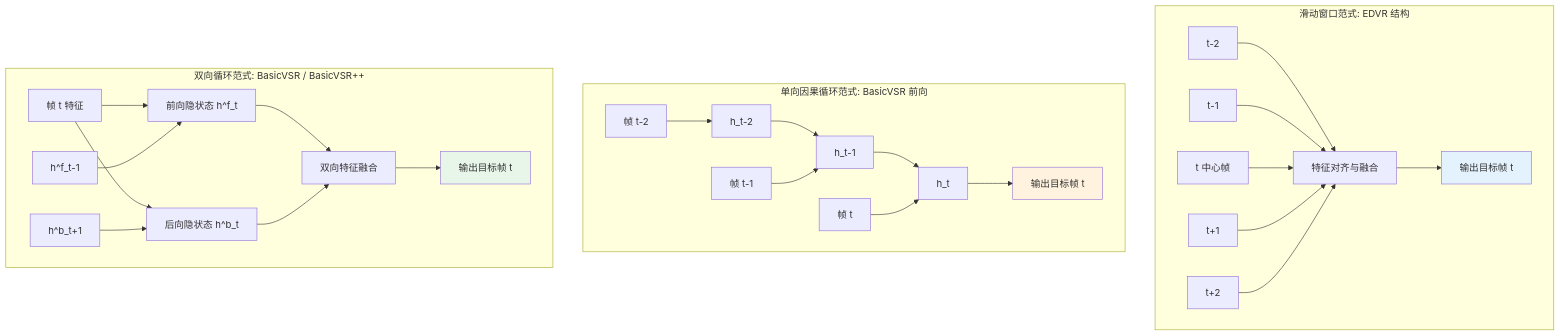
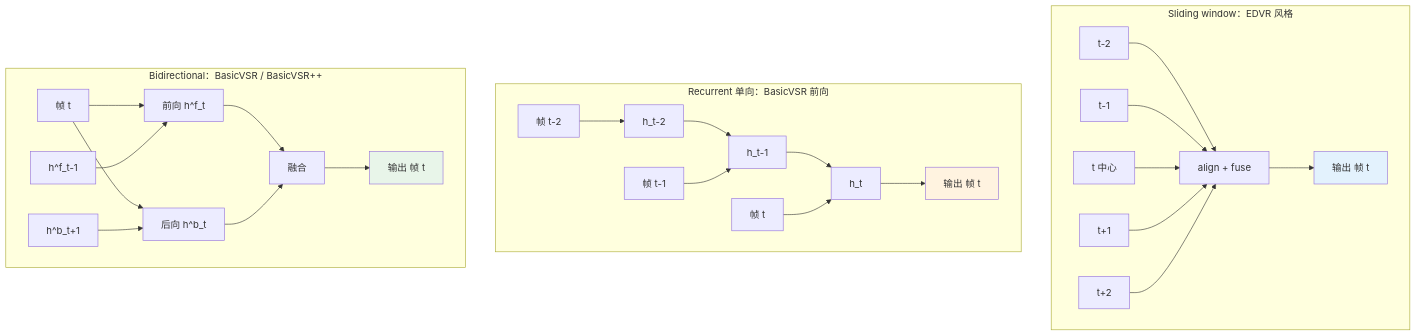
One commit to yingwang/image-enhancement-guide changed the first of 3 diagrams in chapters/14-video-models.md. Above: the diagram before and after it, drawn with Mermaid. The commit also changed other lines of this file and 18 other files, not shown here.

````diff
--- a/chapters/14-video-models.md
+++ b/chapters/14-video-models.md
@@ -86,34 +95,34 @@
 ```mermaid
 graph TB
-    subgraph SW[滑动窗口范式: EDVR 结构]
-        SW1[t-2] --> SWA[特征对齐与融合]
+    subgraph SW[Sliding window：EDVR 风格]
+        SW1[t-2] --> SWA[align + fuse]
         SW2[t-1] --> SWA
-        SW3[t 中心帧] --> SWA
+        SW3[t 中心] --> SWA
         SW4[t+1] --> SWA
         SW5[t+2] --> SWA
-        SWA --> SWO[输出目标帧 t]
+        SWA --> SWO[输出 帧 t]
     end
 
-    subgraph RC[单向因果循环范式: BasicVSR 前向]
+    subgraph RC[Recurrent 单向：BasicVSR 前向]
         RC1[帧 t-2] --> RCH1[h_t-2]
         RCH1 --> RCH2[h_t-1]
         RC2[帧 t-1] --> RCH2
         RCH2 --> RCH3[h_t]
         RC3[帧 t] --> RCH3
-        RCH3 --> RCO[输出目标帧 t]
+        RCH3 --> RCO[输出 帧 t]
     end
 
-    subgraph BD[双向循环范式: BasicVSR / BasicVSR++]
-        BD1[帧 t 特征] --> BDF[前向隐状态 h^f_t]
-        BD1 --> BDB[后向隐状态 h^b_t]
+    subgraph BD[Bidirectional：BasicVSR / BasicVSR++]
+        BD1[帧 t] --> BDF[前向 h^f_t]
+        BD1 --> BDB[后向 h^b_t]
         BDFprev[h^f_t-1] --> BDF
         BDBnext[h^b_t+1] --> BDB
-        BDF --> BDM[双向特征融合]
+        BDF --> BDM[融合]
         BDB --> BDM
-        BDM --> BDO[输出目标帧 t]
+        BDM --> BDO[输出 帧 t]
     end
 
     style SWO fill:#e3f2fd
     style RCO fill:#fff3e0
     style BDO fill:#e8f5e9
 ```
````
